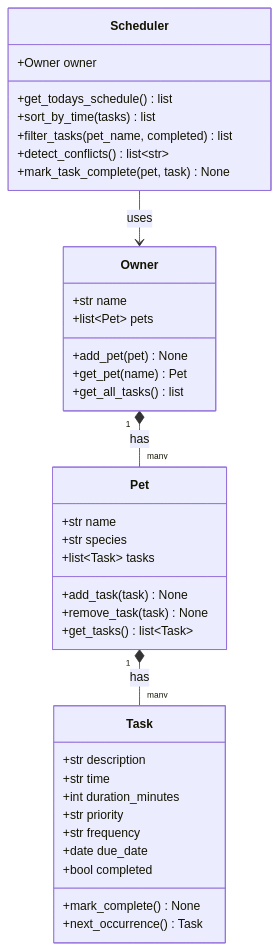
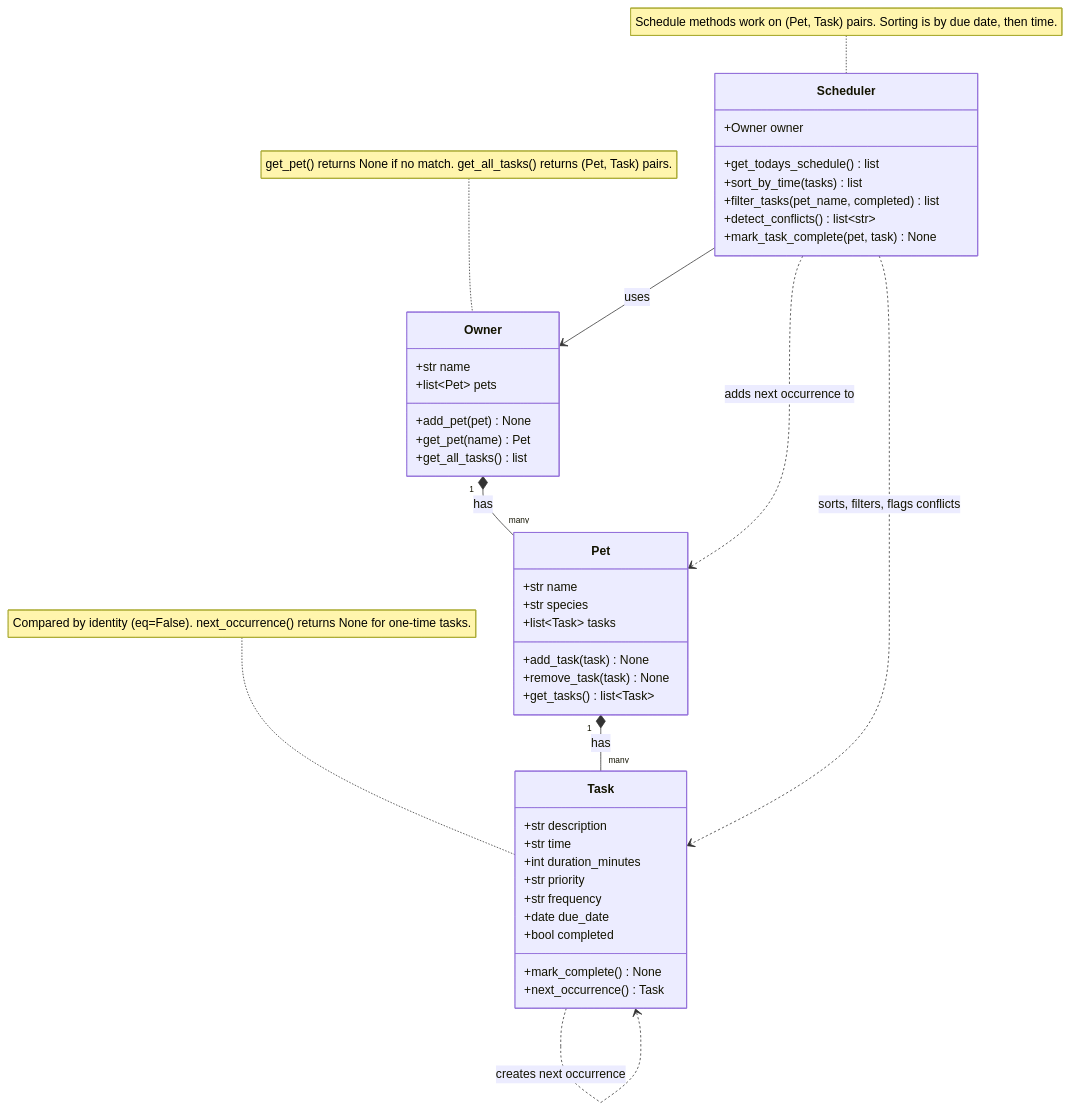
The diagram in diagrams/uml.mmd (Sir-Brown/ai110-module2show-pawpal-starter), drawn with Mermaid before and after one commit. The commit also changed 3 other files, not shown here.

Commit message:
docs: finalize UML, README, and reflection

```diff
--- a/diagrams/uml.mmd
+++ b/diagrams/uml.mmd
@@ -1,42 +1,48 @@
 classDiagram
     class Task {
         +str description
         +str time
         +int duration_minutes
         +str priority
         +str frequency
         +date due_date
         +bool completed
         +mark_complete() None
         +next_occurrence() Task
     }
+    note for Task "Compared by identity (eq=False). next_occurrence() returns None for one-time tasks."
 
     class Pet {
         +str name
         +str species
         +list~Task~ tasks
         +add_task(task) None
         +remove_task(task) None
         +get_tasks() list~Task~
     }
 
     class Owner {
         +str name
         +list~Pet~ pets
         +add_pet(pet) None
         +get_pet(name) Pet
         +get_all_tasks() list
     }
+    note for Owner "get_pet() returns None if no match. get_all_tasks() returns (Pet, Task) pairs."
 
     class Scheduler {
         +Owner owner
         +get_todays_schedule() list
         +sort_by_time(tasks) list
         +filter_tasks(pet_name, completed) list
         +detect_conflicts() list~str~
         +mark_task_complete(pet, task) None
     }
+    note for Scheduler "Schedule methods work on (Pet, Task) pairs. Sorting is by due date, then time."
 
     Owner "1" *-- "many" Pet : has
     Pet "1" *-- "many" Task : has
     Scheduler --> Owner : uses
+    Scheduler ..> Pet : adds next occurrence to
+    Scheduler ..> Task : sorts, filters, flags conflicts
+    Task ..> Task : creates next occurrence
```
